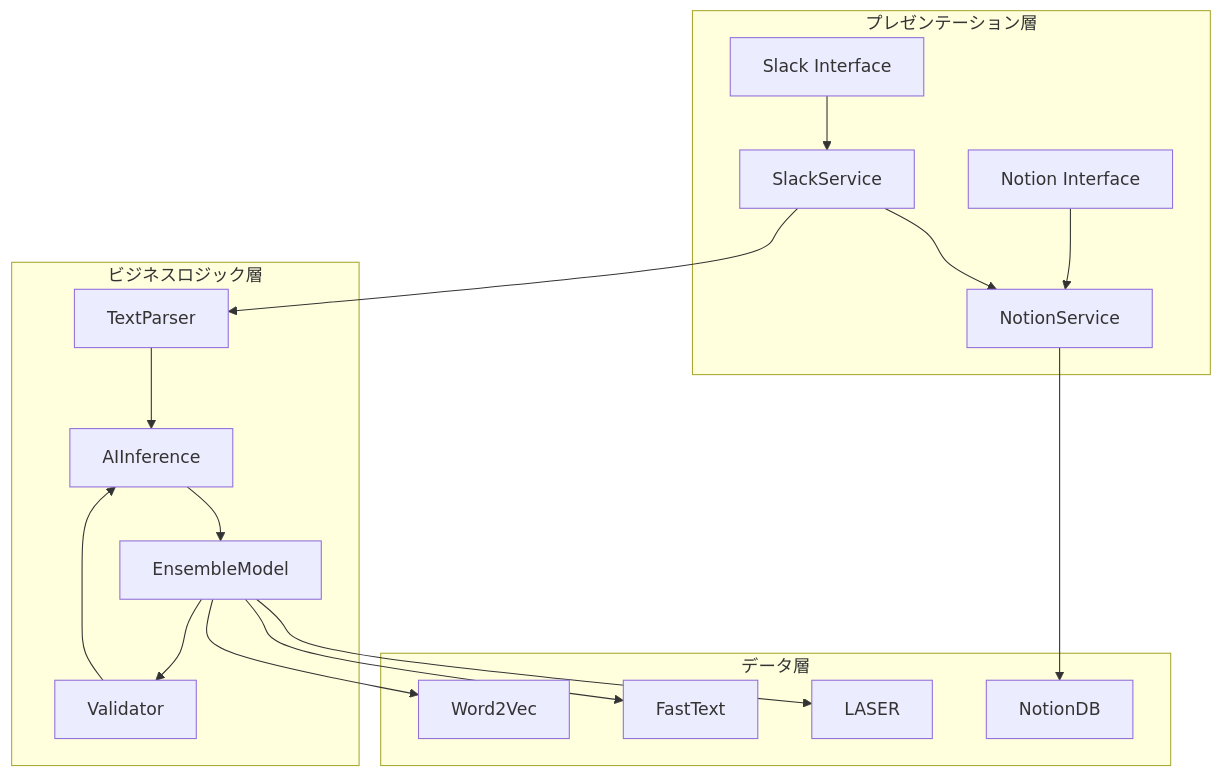
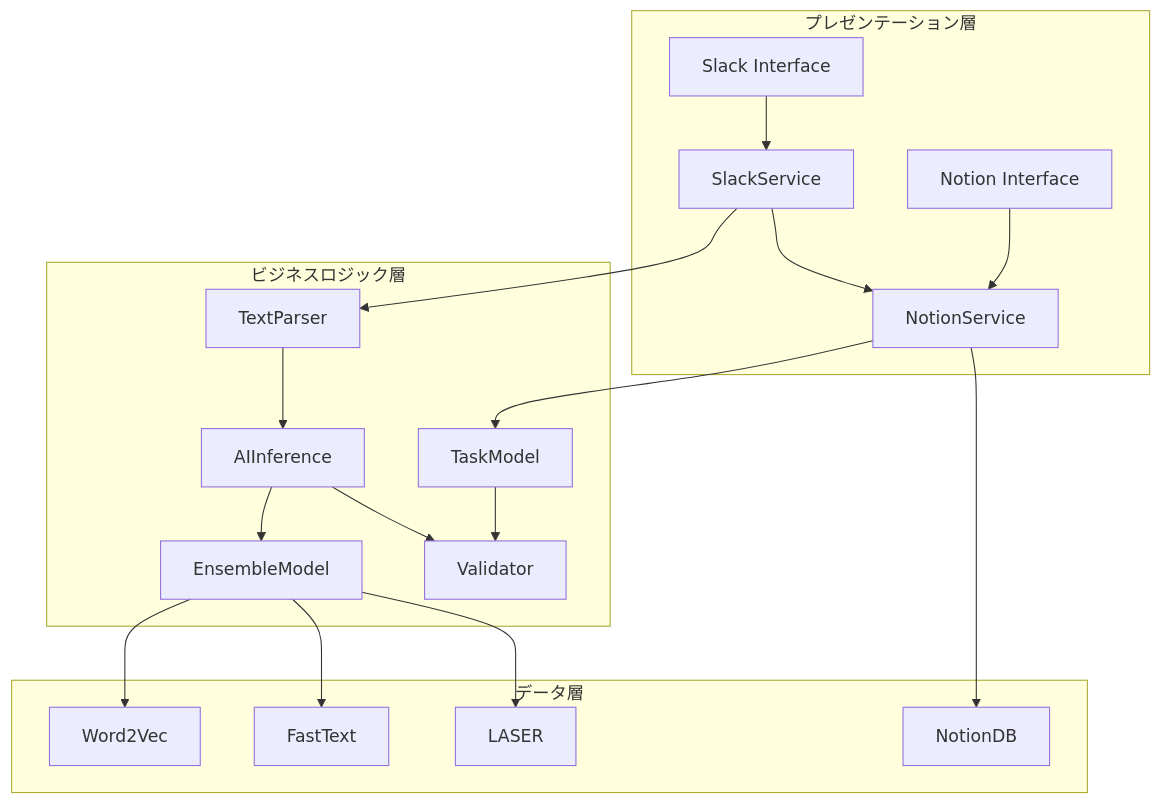
One commit to YL08140921/Task-Manager-for-Slack-bot changed the first of 3 diagrams in docs/システム概要.md. Above: the diagram before and after it, drawn with Mermaid. The commit also changed other lines of this file, not shown here.

Commit message:
システム概要のdocs-修正

````diff
--- a/docs/システム概要.md
+++ b/docs/システム概要.md
@@ -18,24 +18,26 @@
 ```mermaid
 graph TB
     subgraph "プレゼンテーション層"
         A[Slack Interface] --> B[SlackService]
         C[Notion Interface] --> D[NotionService]
     end
 
     subgraph "ビジネスロジック層"
         B --> E[TextParser]
         B --> D
         
         E --> F[AIInference]
         F --> G[EnsembleModel]
-        G --> H[Validator]
-        H --> F
+        F --> H[Validator]
+        
+        D --> I[TaskModel]
+        I --> H
     end
 
     subgraph "データ層"
-        G --> I[Word2Vec]
-        G --> J[FastText]
-        G --> K[LASER]
-        D --> L[NotionDB]
+        G --> J[Word2Vec]
+        G --> K[FastText]
+        G --> L[LASER]
+        D --> M[NotionDB]
     end
 ```
````
